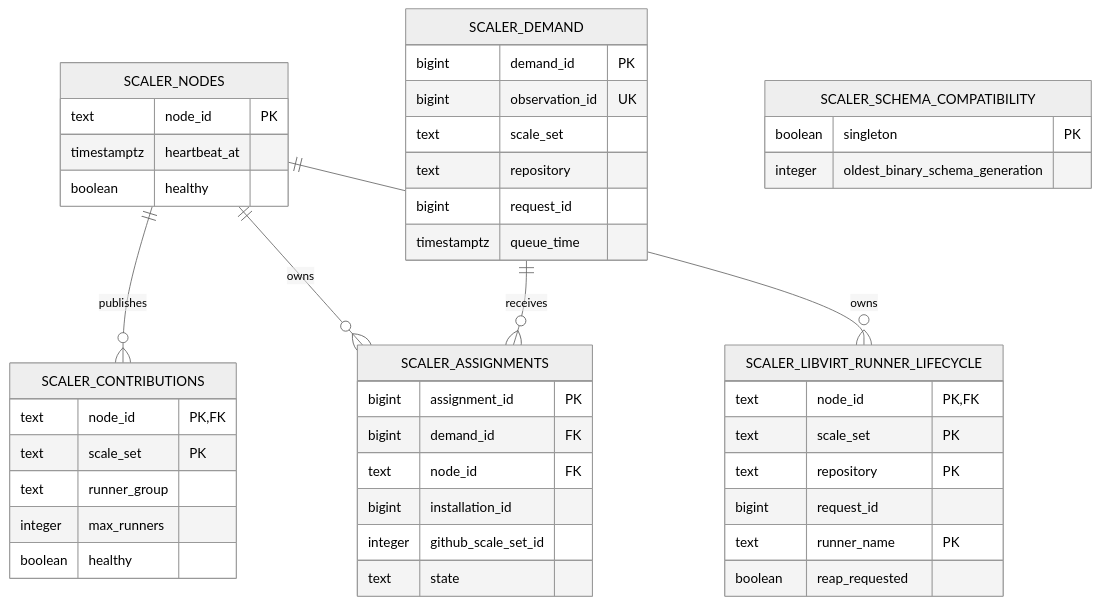
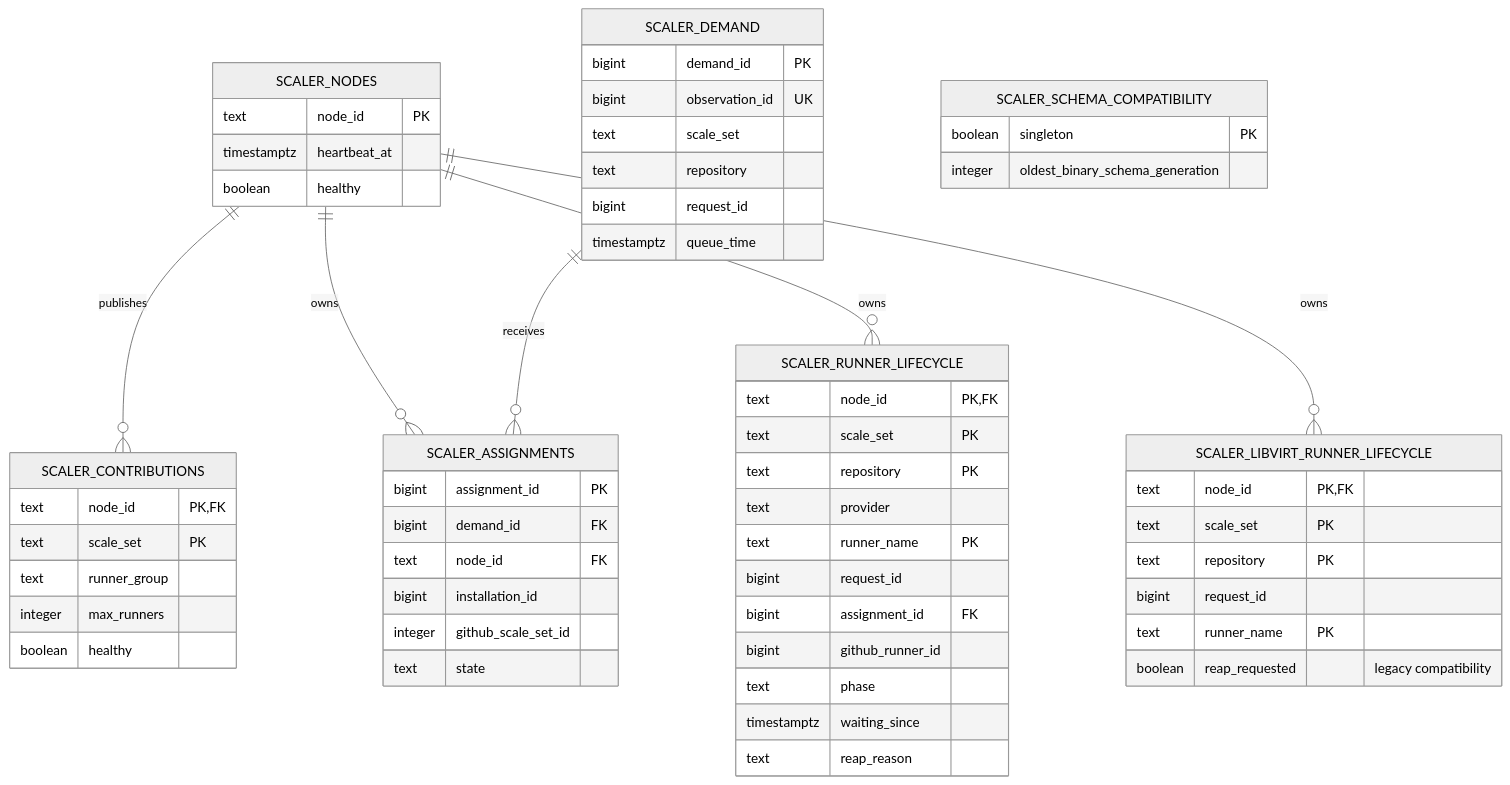
Before and after one commit to stateshifters/runnerfoundry: diagram 11 of 13 in docs/architecture.md, drawn with Mermaid (neutral theme). The commit also changed other lines of this file and 42 other files, not shown here.

````diff
--- a/docs/architecture.md
+++ b/docs/architecture.md
@@ -454,48 +454,62 @@
 ```mermaid
 erDiagram
     SCALER_NODES ||--o{ SCALER_CONTRIBUTIONS : publishes
     SCALER_NODES ||--o{ SCALER_ASSIGNMENTS : owns
+    SCALER_NODES ||--o{ SCALER_RUNNER_LIFECYCLE : owns
     SCALER_NODES ||--o{ SCALER_LIBVIRT_RUNNER_LIFECYCLE : owns
     SCALER_DEMAND ||--o{ SCALER_ASSIGNMENTS : receives
 
     SCALER_SCHEMA_COMPATIBILITY {
         boolean singleton PK
         integer oldest_binary_schema_generation
     }
     SCALER_NODES {
         text node_id PK
         timestamptz heartbeat_at
         boolean healthy
     }
     SCALER_CONTRIBUTIONS {
         text node_id PK, FK
         text scale_set PK
         text runner_group
         integer max_runners
         boolean healthy
     }
     SCALER_DEMAND {
         bigint demand_id PK
         bigint observation_id UK
         text scale_set
         text repository
         bigint request_id
         timestamptz queue_time
     }
     SCALER_ASSIGNMENTS {
         bigint assignment_id PK
         bigint demand_id FK
         text node_id FK
         bigint installation_id
         integer github_scale_set_id
         text state
     }
+    SCALER_RUNNER_LIFECYCLE {
+        text node_id PK, FK
+        text scale_set PK
+        text repository PK
+        text provider
+        text runner_name PK
+        bigint request_id
+        bigint assignment_id FK
+        bigint github_runner_id
+        text phase
+        timestamptz waiting_since
+        text reap_reason
+    }
     SCALER_LIBVIRT_RUNNER_LIFECYCLE {
         text node_id PK, FK
         text scale_set PK
         text repository PK
         bigint request_id
         text runner_name PK
-        boolean reap_requested
+        boolean reap_requested "legacy compatibility"
     }
 ```
````
